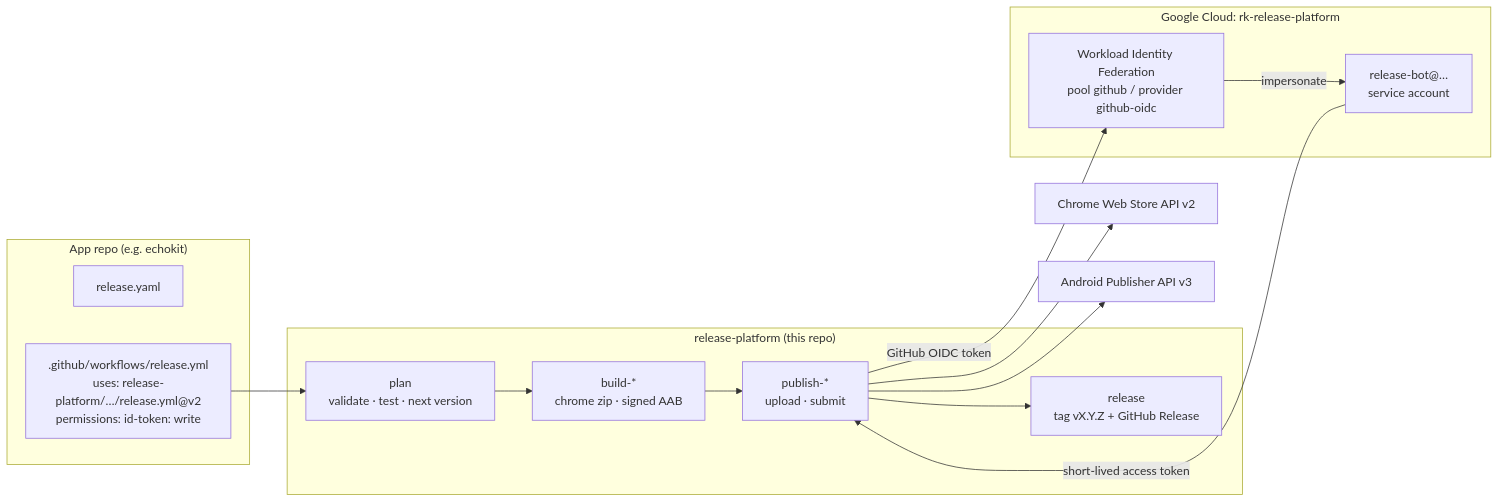
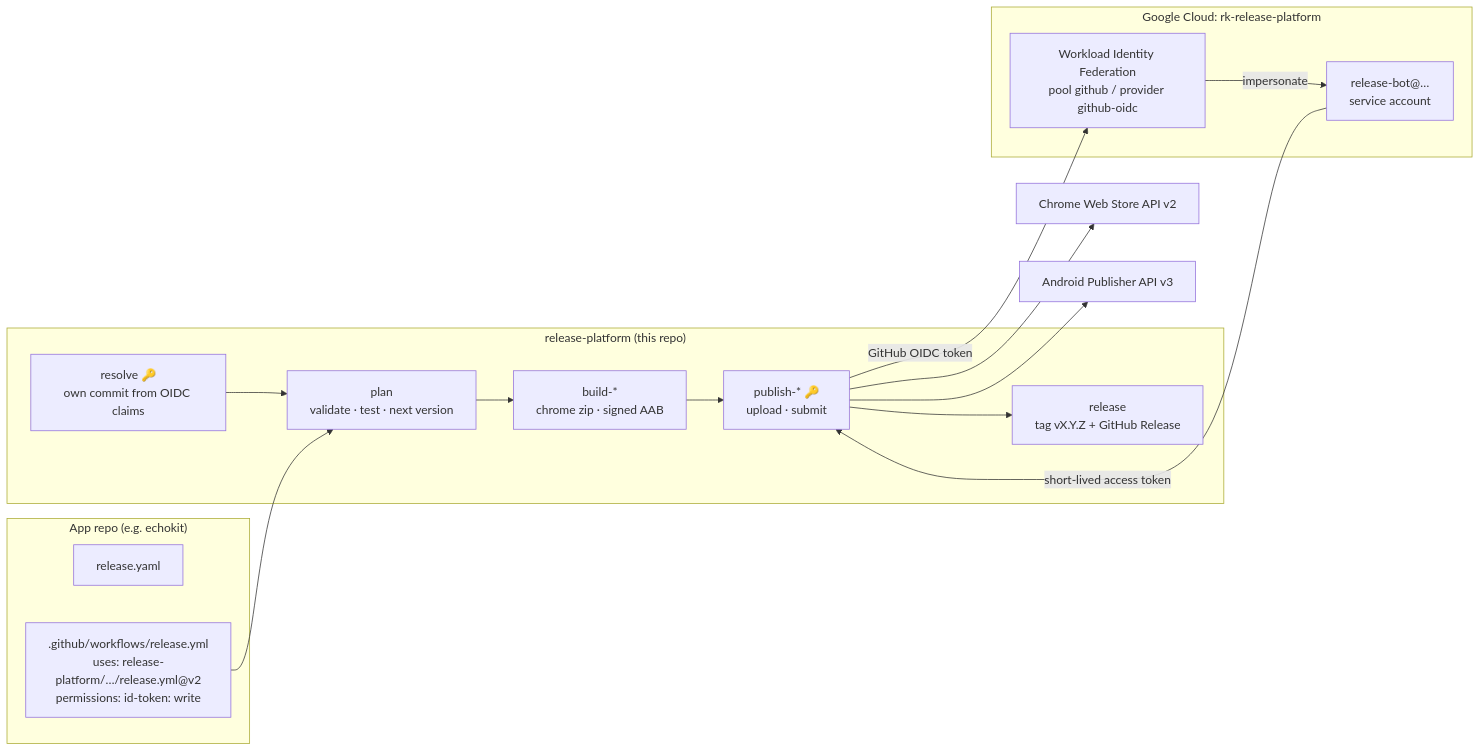
Before and after one commit to ravitejakamalapuram/release-platform: the diagram in README.md, drawn with Mermaid. The commit also changed other lines of this file and 9 other files, not shown here.

````diff
--- a/README.md
+++ b/README.md
@@ -21,27 +21,28 @@
 ```mermaid
 flowchart LR
   subgraph app["App repo (e.g. echokit)"]
     cfg[release.yaml]
     caller[".github/workflows/release.yml<br/>uses: release-platform/…/release.yml@v2<br/>permissions: id-token: write"]
   end
 
   subgraph rp["release-platform (this repo)"]
+    resolve["resolve 🔑<br/>own commit from OIDC claims"]
     plan["plan<br/>validate · test · next version"]
     build["build-*<br/>chrome zip · signed AAB"]
-    publish["publish-*<br/>upload · submit"]
+    publish["publish-* 🔑<br/>upload · submit"]
     tag["release<br/>tag vX.Y.Z + GitHub Release"]
-    plan --> build --> publish --> tag
+    resolve --> plan --> build --> publish --> tag
   end
 
   subgraph gcp["Google Cloud: rk-release-platform"]
     wif["Workload Identity Federation<br/>pool github / provider github-oidc"]
     sa["release-bot@…<br/>service account"]
     wif -- "impersonate" --> sa
   end
 
   caller --> plan
   publish -- "GitHub OIDC token" --> wif
   sa -- "short-lived access token" --> publish
   publish --> cws["Chrome Web Store API v2"]
   publish --> play["Android Publisher API v3"]
 ```
````
